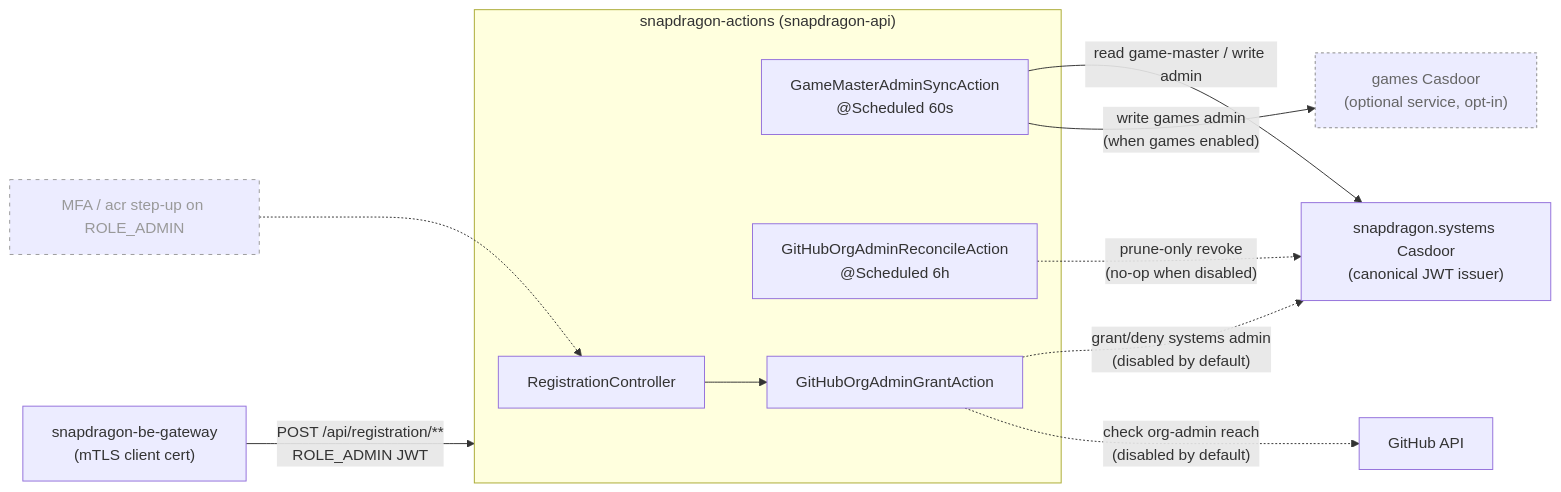
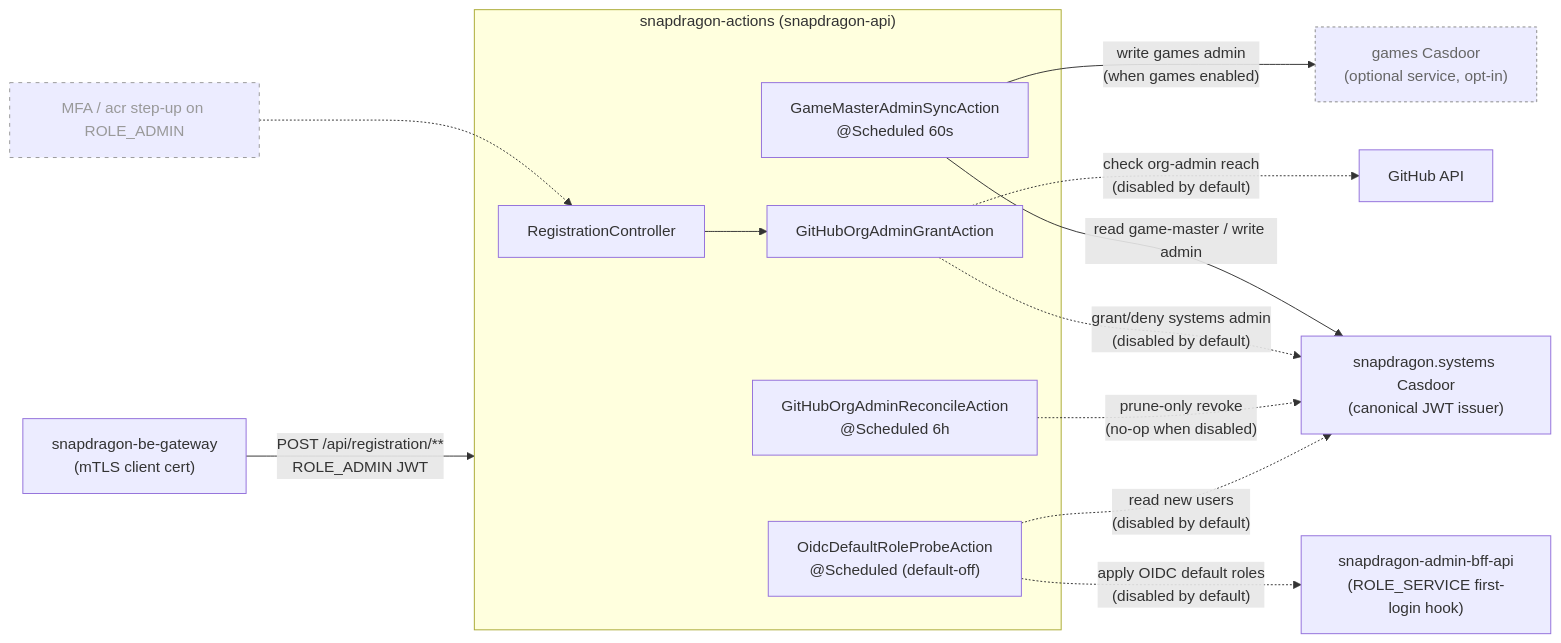
Before and after one commit to hugmesh/hugmesh-actions: the diagram in README.md, drawn with Mermaid. The commit also changed other lines of this file, not shown here.

First line of the commit message:
docs(readme): refresh current state — reserved-names 70, OIDC probe, MFA converter (#26)

````diff
--- a/README.md
+++ b/README.md
@@ -30,28 +30,32 @@
 ```mermaid
 flowchart LR
     GW["snapdragon-be-gateway<br/>(mTLS client cert)"] -->|"POST /api/registration/**<br/>ROLE_ADMIN JWT"| API
 
     subgraph API["snapdragon-actions (snapdragon-api)"]
         RC["RegistrationController"]
         GM["GameMasterAdminSyncAction<br/>@Scheduled 60s"]
         REV["GitHubOrgAdminReconcileAction<br/>@Scheduled 6h"]
         GHA["GitHubOrgAdminGrantAction"]
+        OIDC["OidcDefaultRoleProbeAction<br/>@Scheduled (default-off)"]
         RC --> GHA
     end
 
     SC["snapdragon.systems Casdoor<br/>(canonical JWT issuer)"]
     GC["games Casdoor<br/>(optional service, opt-in)"]:::optional
     GH["GitHub API"]
+    BFF["snapdragon-admin-bff-api<br/>(ROLE_SERVICE first-login hook)"]
 
     GM -->|"read game-master / write admin"| SC
     GM -->|"write games admin<br/>(when games enabled)"| GC
     GHA -.->|"grant/deny systems admin<br/>(disabled by default)"| SC
     GHA -.->|"check org-admin reach<br/>(disabled by default)"| GH
     REV -.->|"prune-only revoke<br/>(no-op when disabled)"| SC
+    OIDC -.->|"read new users<br/>(disabled by default)"| SC
+    OIDC -.->|"apply OIDC default roles<br/>(disabled by default)"| BFF
 
     MFA["MFA / acr step-up on ROLE_ADMIN"]:::planned
     MFA -.-> RC
 
     classDef planned stroke-dasharray:4 5,stroke:#999,color:#999
     classDef optional stroke-dasharray:3 3,stroke:#888,color:#666
 ```
````
